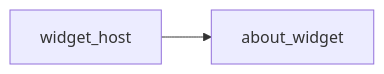
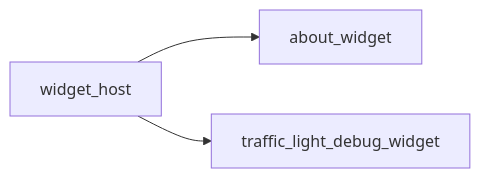
Before and after one commit to kasper-szczerba/acs_wiki: the second of 2 diagrams in docs/codebase/namespaces/gui/implementations/widget_host.md, drawn with Mermaid. The commit also changed other lines of this file and 22 other files, not shown here.

Commit message:
updated the docs based on the new opencv traffic light detection

````diff
--- a/docs/codebase/namespaces/gui/implementations/widget_host.md
+++ b/docs/codebase/namespaces/gui/implementations/widget_host.md
@@ -26,5 +26,6 @@
 ```mermaid
 graph LR
     widget_host["widget_host"]
     widget_host["widget_host"] --> about_widget["about_widget"]
+    widget_host["widget_host"] --> traffic_light_debug_widget["traffic_light_debug_widget"]
 ```
````
